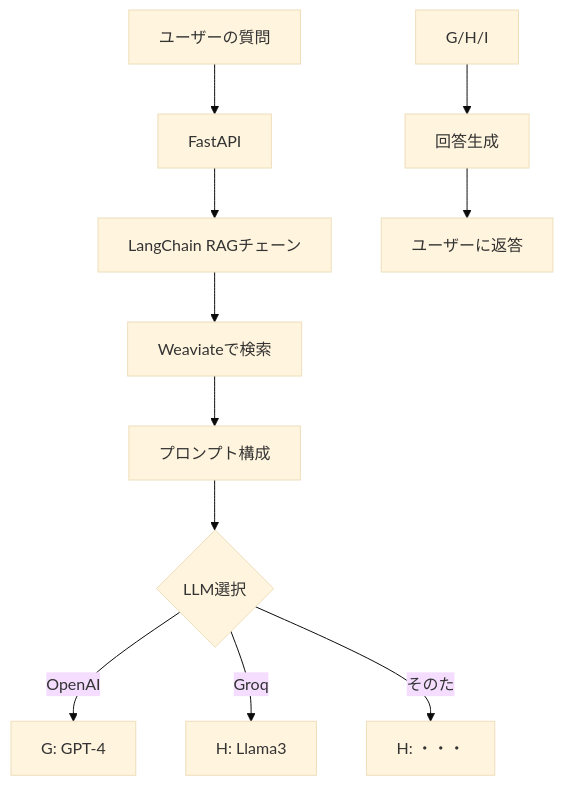
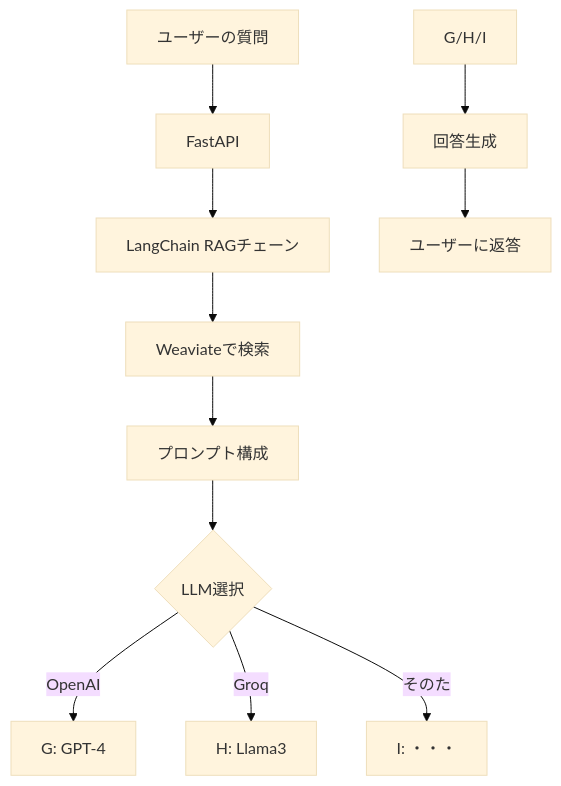
One commit to 8alfalfa8/freeAiChat changed the diagram in README.md. Above: the diagram before and after it, drawn with Mermaid (base theme).

````diff
--- a/README.md
+++ b/README.md
@@ -92,13 +92,13 @@
 ```mermaid
 graph TD
 A[ユーザーの質問] --> B[FastAPI]
 B --> C[LangChain RAGチェーン]
 C --> D[Weaviateで検索]
 D --> E[プロンプト構成]
 E --> F{LLM選択}
 F -->|OpenAI| G[ G: GPT-4]
 F -->|Groq| H[ H: Llama3]
-F -->|そのた| I[ H: ・・・]
+F -->|そのた| I[ I: ・・・]
 G/H/I --> J[回答生成]
 J --> K[ユーザーに返答]
 ```
````
